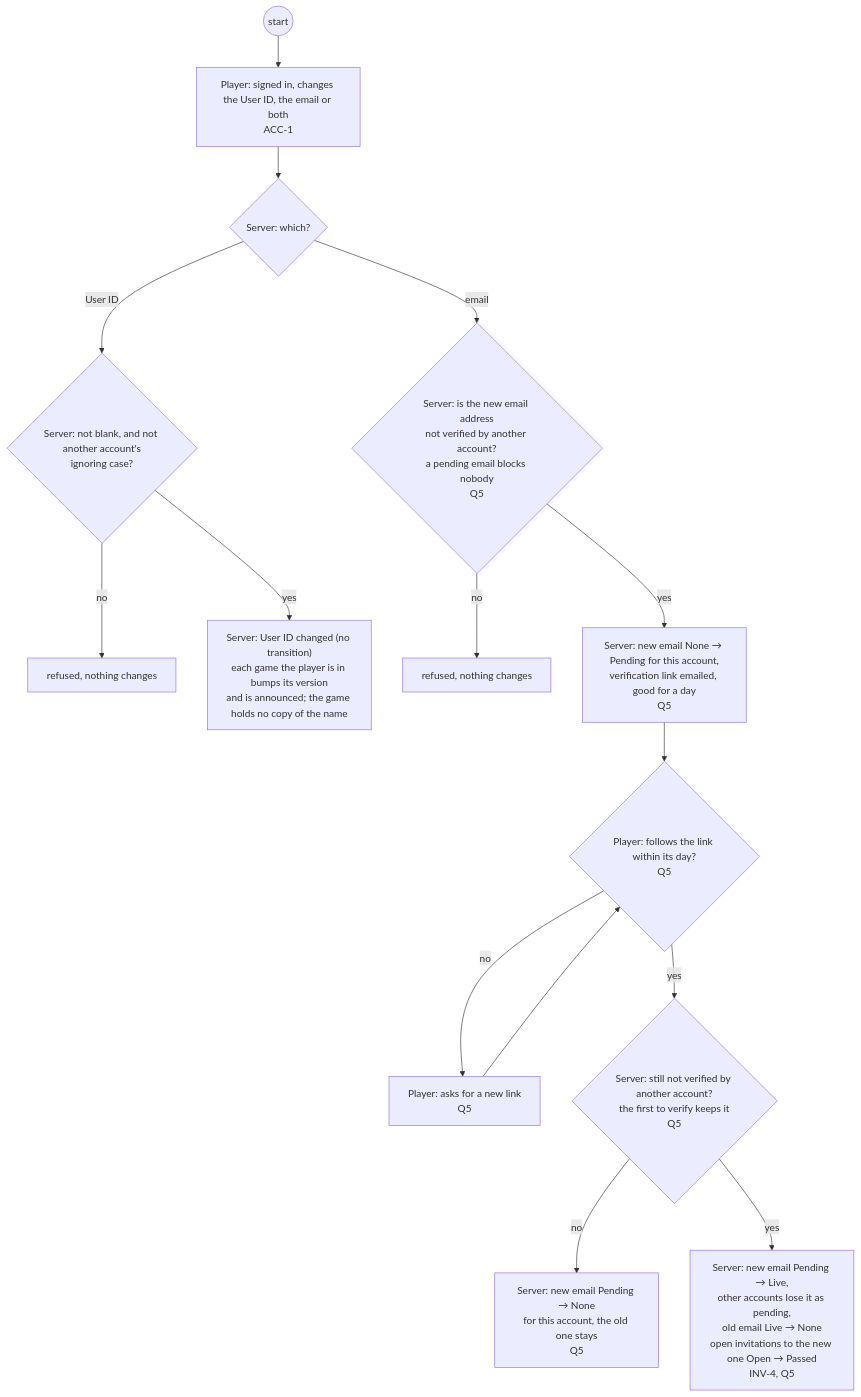
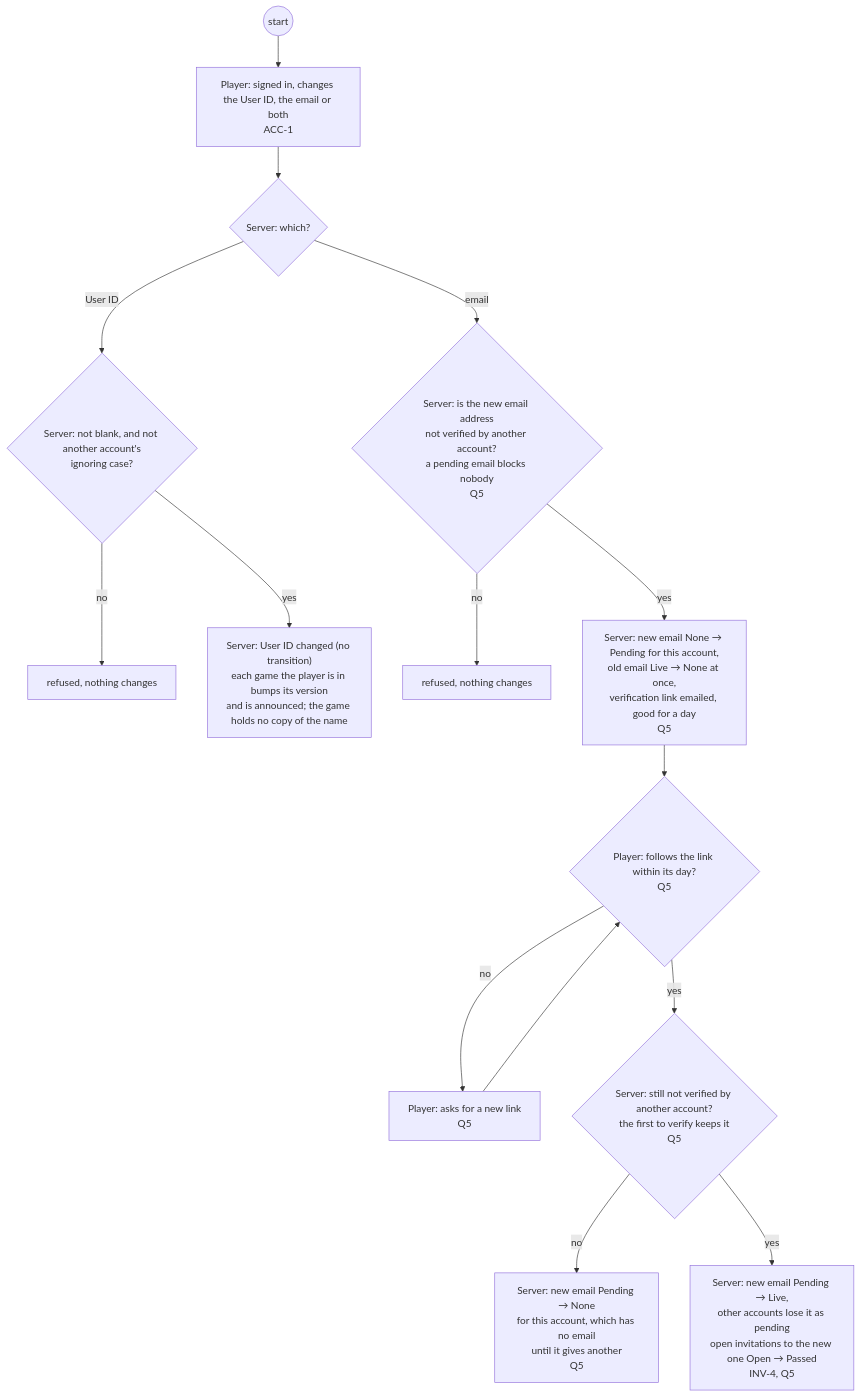
Before and after one commit to delphside/programme: the fourth of 29 diagrams in docs/changes/workstreams/application-game-architecture/71-one-game-model/71-functional.md, drawn with Mermaid. The commit also changed other lines of this file, not shown here.

First line of the commit message:
app 0.9.2 api 2.16: the remaining email questions in Q5, answered

````diff
--- a/docs/changes/workstreams/application-game-architecture/71-one-game-model/71-functional.md
+++ b/docs/changes/workstreams/application-game-architecture/71-one-game-model/71-functional.md
@@ -132,17 +133,17 @@
 ```mermaid
 flowchart TD
   s0((start)) --> p1["Player: signed in, changes the User ID, the email or both<br/>ACC-1"]
   p1 --> d0{"Server: which?"}
   d0 -- "User ID" --> v1{"Server: not blank, and not another account's<br/>ignoring case?"}
   v1 -- no --> r1["refused, nothing changes"]
   v1 -- yes --> t1["Server: User ID changed (no transition)<br/>each game the player is in bumps its version<br/>and is announced; the game holds no copy of the name"]
   d0 -- "email" --> v2{"Server: is the new email address<br/>not verified by another account?<br/>a pending email blocks nobody<br/>Q5"}
   v2 -- no --> r2["refused, nothing changes"]
-  v2 -- yes --> t2["Server: new email None → Pending for this account,<br/>verification link emailed, good for a day<br/>Q5"]
+  v2 -- yes --> t2["Server: new email None → Pending for this account,<br/>old email Live → None at once,<br/>verification link emailed, good for a day<br/>Q5"]
   t2 --> d1{"Player: follows the link within its day?<br/>Q5"}
   d1 -- no --> p3["Player: asks for a new link<br/>Q5"]
   p3 --> d1
   d1 -- yes --> v3{"Server: still not verified by another account?<br/>the first to verify keeps it<br/>Q5"}
-  v3 -- no --> t3["Server: new email Pending → None<br/>for this account, the old one stays<br/>Q5"]
-  v3 -- yes --> t4["Server: new email Pending → Live,<br/>other accounts lose it as pending,<br/>old email Live → None<br/>open invitations to the new one Open → Passed<br/>INV-4, Q5"]
+  v3 -- no --> t3["Server: new email Pending → None<br/>for this account, which has no email<br/>until it gives another<br/>Q5"]
+  v3 -- yes --> t4["Server: new email Pending → Live,<br/>other accounts lose it as pending<br/>open invitations to the new one Open → Passed<br/>INV-4, Q5"]
 ```
````
